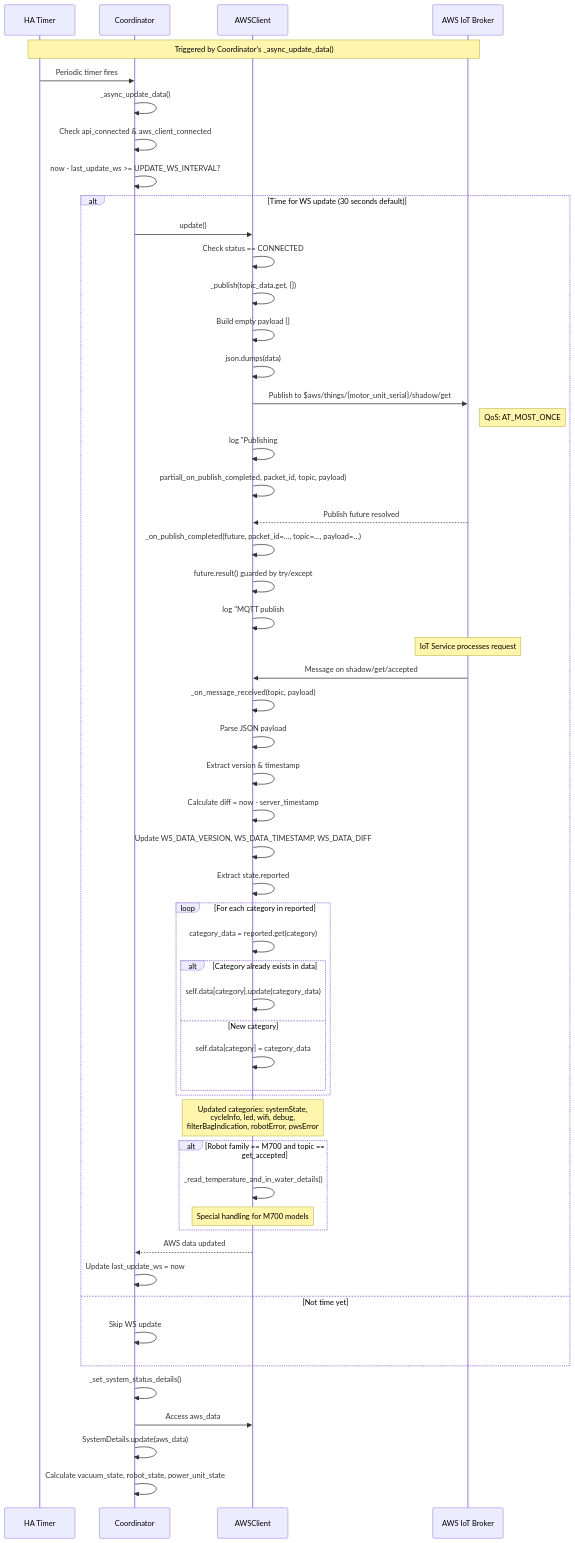
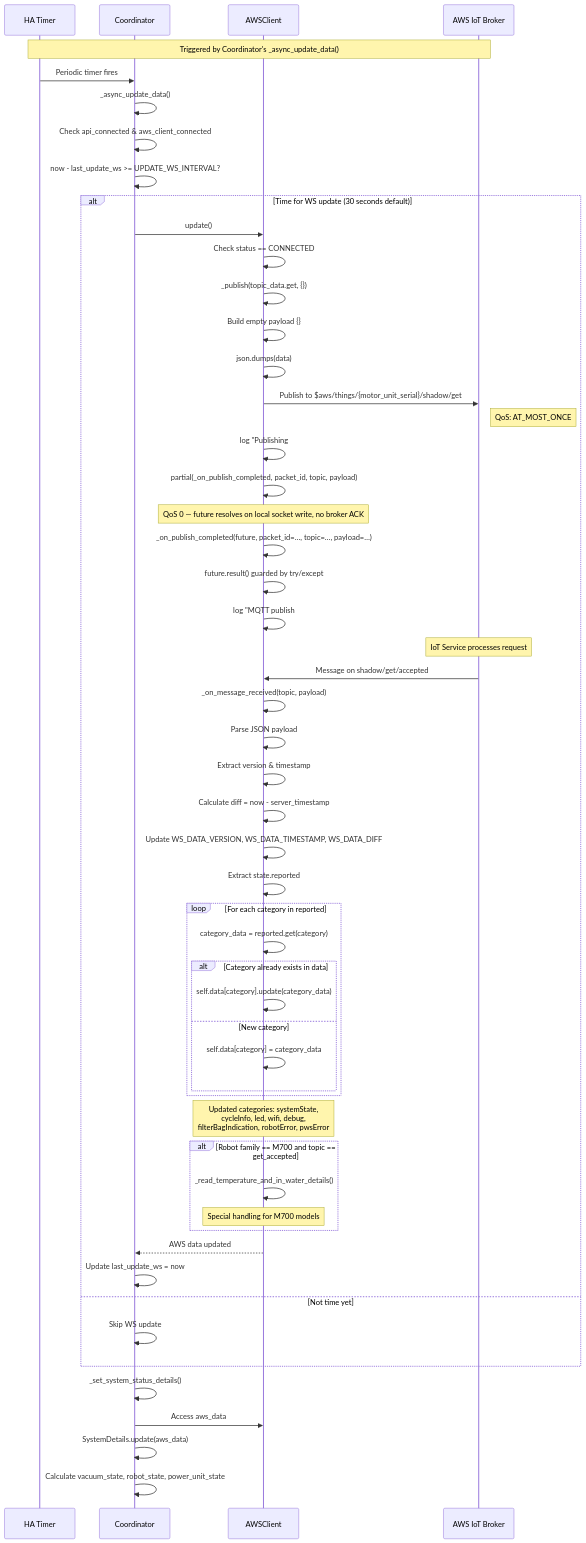
Before and after one commit to raouldekezel/dolphin-robot: the fifth of 7 diagrams in docs/WORKFLOWS.md, drawn with Mermaid. The commit also changed 2 other files, not shown here.

First paragraph of the commit message:
HARD-05 review round 2: instance-level teeth + interleaved-publishes test
Addresses Fable review on #144:

````diff
--- a/docs/WORKFLOWS.md
+++ b/docs/WORKFLOWS.md
@@ -580,70 +580,70 @@
 ```mermaid
 sequenceDiagram
     participant Timer as HA Timer
     participant Coord as Coordinator
     participant AWS as AWSClient
     participant Broker as AWS IoT Broker
 
     Note over Timer,Broker: Triggered by Coordinator's _async_update_data()
 
     Timer->>Coord: Periodic timer fires
     Coord->>Coord: _async_update_data()
     Coord->>Coord: Check api_connected & aws_client_connected
 
     Coord->>Coord: now - last_update_ws >= UPDATE_WS_INTERVAL?
 
     alt Time for WS update (30 seconds default)
         Coord->>AWS: update()
         AWS->>AWS: Check status == CONNECTED
         AWS->>AWS: _publish(topic_data.get, {})
 
         AWS->>AWS: Build empty payload {}
         AWS->>AWS: json.dumps(data)
         AWS->>Broker: Publish to $aws/things/{motor_unit_serial}/shadow/get
         Note right of Broker: QoS: AT_MOST_ONCE
 
         AWS->>AWS: log "Publishing #packet_id to topic"
         AWS->>AWS: partial(_on_publish_completed, packet_id, topic, payload)
 
-        Broker-->>AWS: Publish future resolved
+        Note over AWS: QoS 0 — future resolves on local socket write, no broker ACK
         AWS->>AWS: _on_publish_completed(future, packet_id=…, topic=…, payload=…)
         AWS->>AWS: future.result() guarded by try/except
         AWS->>AWS: log "MQTT publish #packet_id completed" (or _LOGGER.exception on failure)
 
         Note over Broker: IoT Service processes request
         Broker->>AWS: Message on shadow/get/accepted
         AWS->>AWS: _on_message_received(topic, payload)
         AWS->>AWS: Parse JSON payload
 
         AWS->>AWS: Extract version & timestamp
         AWS->>AWS: Calculate diff = now - server_timestamp
         AWS->>AWS: Update WS_DATA_VERSION, WS_DATA_TIMESTAMP, WS_DATA_DIFF
 
         AWS->>AWS: Extract state.reported
         loop For each category in reported
             AWS->>AWS: category_data = reported.get(category)
             alt Category already exists in data
                 AWS->>AWS: self.data[category].update(category_data)
             else New category
                 AWS->>AWS: self.data[category] = category_data
             end
         end
 
         Note over AWS: Updated categories: systemState,<br/>cycleInfo, led, wifi, debug,<br/>filterBagIndication, robotError, pwsError
 
         alt Robot family == M700 and topic == get_accepted
             AWS->>AWS: _read_temperature_and_in_water_details()
             Note over AWS: Special handling for M700 models
         end
 
         AWS-->>Coord: AWS data updated
         Coord->>Coord: Update last_update_ws = now
     else Not time yet
         Coord->>Coord: Skip WS update
     end
 
     Coord->>Coord: _set_system_status_details()
     Coord->>AWS: Access aws_data
     Coord->>Coord: SystemDetails.update(aws_data)
     Coord->>Coord: Calculate vacuum_state, robot_state, power_unit_state
 ```
````
